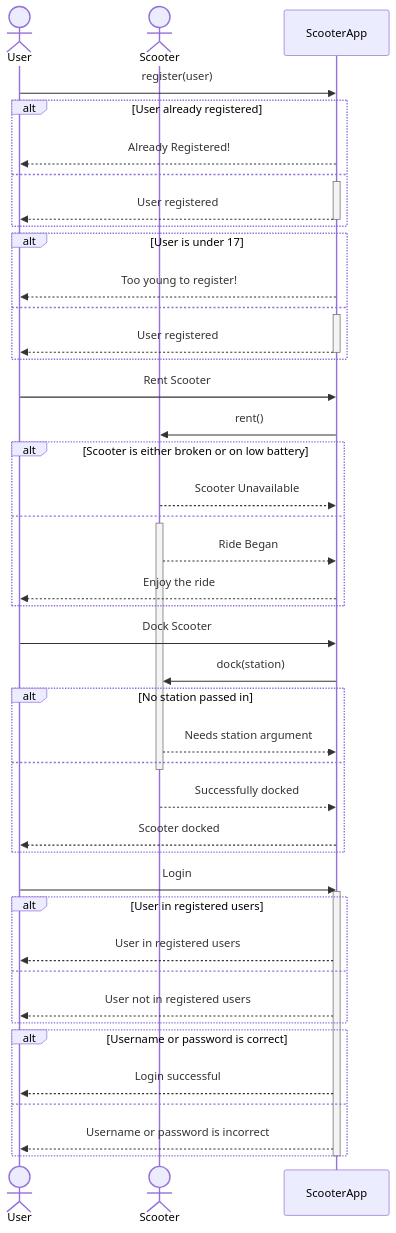
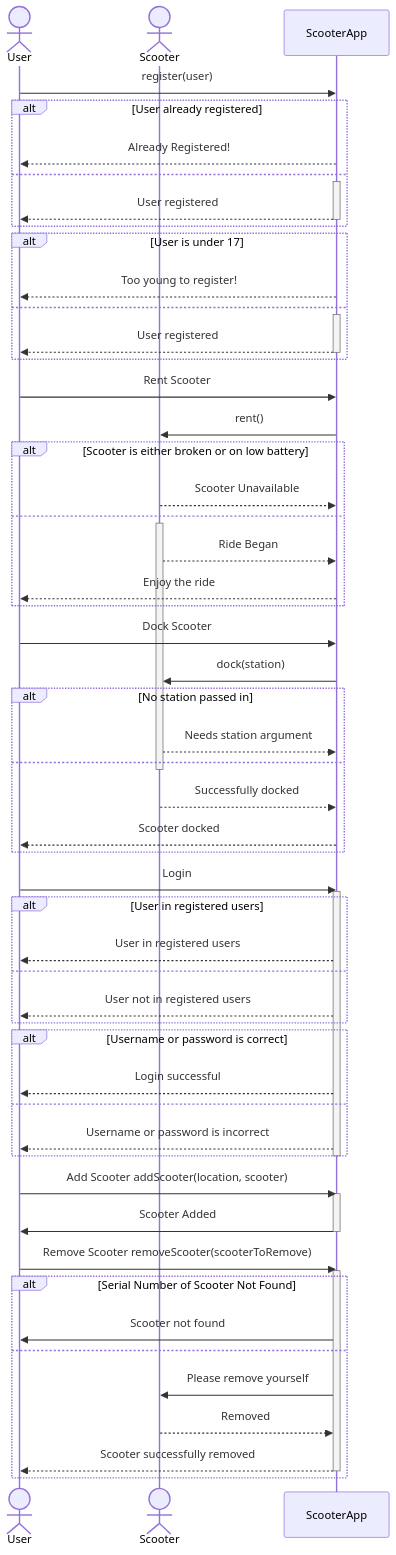
Before and after one commit to JoshuaLaurence/scooter-project: the diagram in diagrams/scooterHireSystem-sequenceDiagram.mmd, drawn with Mermaid. The commit also changed 1 other file, not shown here.

Commit message:
Finished Use Case Diagram

```diff
--- a/diagrams/scooterHireSystem-sequenceDiagram.mmd
+++ b/diagrams/scooterHireSystem-sequenceDiagram.mmd
@@ -1,54 +1,70 @@
 sequenceDiagram
 
     actor User
     actor Scooter
 
     User ->> ScooterApp: register(user)
     alt User already registered
         ScooterApp -->> User: Already Registered!
     else
         activate ScooterApp
         ScooterApp -->> User: User registered
         deactivate ScooterApp
     end
     alt User is under 17
         ScooterApp -->> User: Too young to register!
     else
         activate ScooterApp
         ScooterApp -->> User: User registered
         deactivate ScooterApp
     end
 
     User ->> ScooterApp: Rent Scooter
     ScooterApp ->> Scooter: rent()
     alt Scooter is either broken or on low battery
         Scooter -->> ScooterApp: Scooter Unavailable
     else
         activate Scooter
         Scooter -->> ScooterApp: Ride Began
         ScooterApp -->> User: Enjoy the ride
     end
 
     User ->> ScooterApp: Dock Scooter
     ScooterApp ->> Scooter: dock(station)
     alt No station passed in
         Scooter -->> ScooterApp: Needs station argument
     else
         deactivate Scooter
         Scooter -->> ScooterApp: Successfully docked
         ScooterApp -->> User: Scooter docked
     end
 
     User ->> ScooterApp: Login
     activate ScooterApp
     alt User in registered users
         ScooterApp -->> User: User in registered users
     else
         ScooterApp -->> User: User not in registered users
     end
     alt Username or password is correct
         ScooterApp -->> User: Login successful
     else
         ScooterApp -->> User: Username or password is incorrect
     end
     deactivate ScooterApp
+
+    User ->> ScooterApp: Add Scooter addScooter(location, scooter)
+    activate ScooterApp
+    ScooterApp ->> User: Scooter Added
+    deactivate ScooterApp
+
+    User ->> ScooterApp: Remove Scooter removeScooter(scooterToRemove)
+    activate ScooterApp
+    alt Serial Number of Scooter Not Found
+        ScooterApp ->> User: Scooter not found
+    else
+        ScooterApp ->> Scooter: Please remove yourself
+        Scooter -->> ScooterApp: Removed
+        ScooterApp -->> User: Scooter successfully removed
+    deactivate ScooterApp
+    end
```
